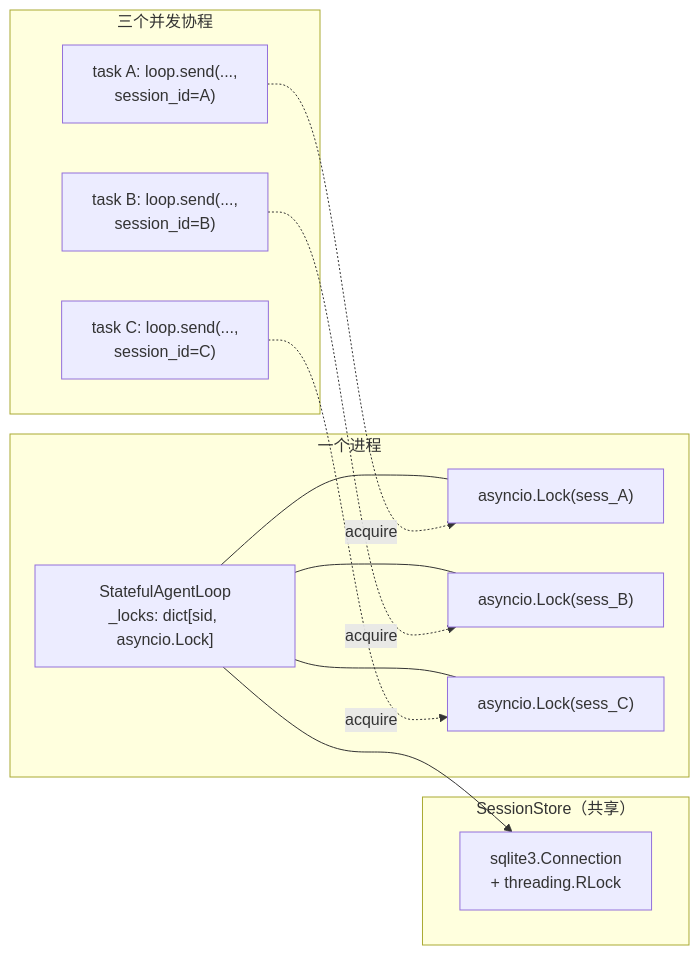
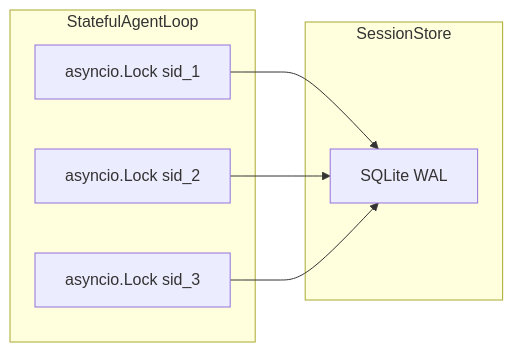
Before and after one commit to PL-play/power-loop: the ninth of 9 diagrams in docs/architecture.md, drawn with Mermaid. The commit also changed other lines of this file and 46 other files, not shown here.

````diff
--- a/docs/architecture.md
+++ b/docs/architecture.md
@@ -450,28 +196,14 @@
 ```mermaid
 flowchart LR
-    subgraph Process["一个进程"]
-        Loop["StatefulAgentLoop<br/>_locks: dict[sid, asyncio.Lock]"]
-        L1["asyncio.Lock(sess_A)"]
-        L2["asyncio.Lock(sess_B)"]
-        L3["asyncio.Lock(sess_C)"]
-        Loop --- L1
-        Loop --- L2
-        Loop --- L3
+    subgraph Loop["StatefulAgentLoop"]
+        L1["asyncio.Lock sid_1"]
+        L2["asyncio.Lock sid_2"]
+        L3["asyncio.Lock sid_3"]
     end
-
-    subgraph Store["SessionStore（共享）"]
-        Conn["sqlite3.Connection<br/>+ threading.RLock"]
+    subgraph Store["SessionStore"]
+        DB["SQLite WAL"]
     end
-
-    Loop --> Conn
-
-    subgraph Tasks["三个并发协程"]
-        T1["task A: loop.send(...,<br/>session_id=A)"]
-        T2["task B: loop.send(...,<br/>session_id=B)"]
-        T3["task C: loop.send(...,<br/>session_id=C)"]
-    end
-
-    T1 -.acquire.-> L1
-    T2 -.acquire.-> L2
-    T3 -.acquire.-> L3
+    L1 --> DB
+    L2 --> DB
+    L3 --> DB
 ```
````
